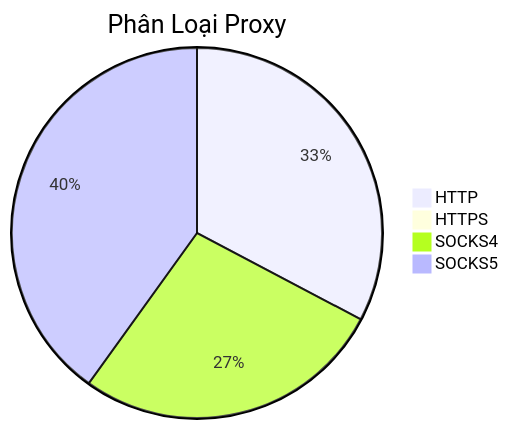
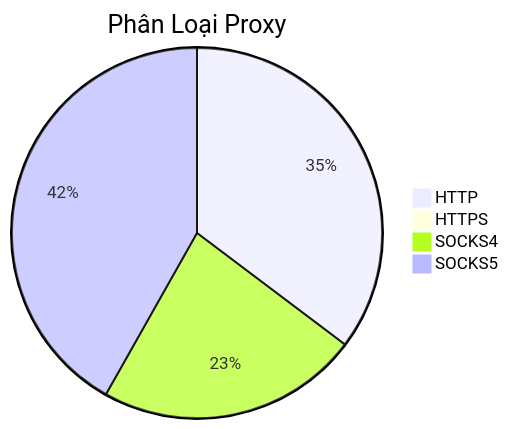
Before and after one commit to Ciara-12/PROXY-free: the diagram in README.md, drawn with Mermaid. The commit also changed other lines of this file and 4 other files, not shown here.

````diff
--- a/README.md
+++ b/README.md
@@ -26,7 +26,7 @@
 ```mermaid
 pie title Phân Loại Proxy
-    "HTTP" : 374
+    "HTTP" : 507
     "HTTPS" : 1
-    "SOCKS4" : 311
-    "SOCKS5" : 458
+    "SOCKS4" : 329
+    "SOCKS5" : 601
 ```
````
